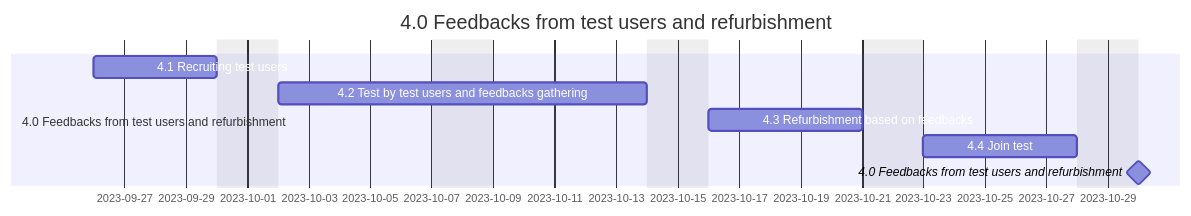
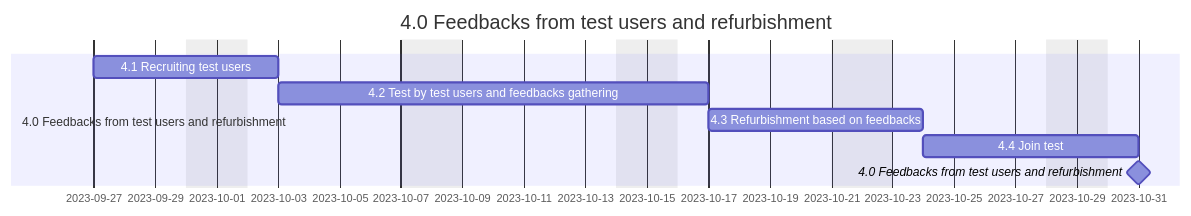
The sixth of 11 diagrams in README.md (riow1983/Coursera-PMP), drawn with Mermaid before and after one commit.

````diff
--- a/README.md
+++ b/README.md
@@ -215,13 +215,13 @@
 ```mermaid
 gantt
   dateFormat  YYYY-MM-DD
   title       4.0 Feedbacks from test users and refurbishment
   excludes    weekends
 
   section 4.0 Feedbacks from test users and refurbishment
-  4.1 Recruiting test users: 2023-09-26, 4d
+  4.1 Recruiting test users: 2023-09-27, 4d
   4.2 Test by test users and feedbacks gathering: 10d
   4.3 Refurbishment based on feedbacks: 5d
   4.4 Join test: 5d
   4.0 Feedbacks from test users and refurbishment: milestone, 0d
 ```
````
